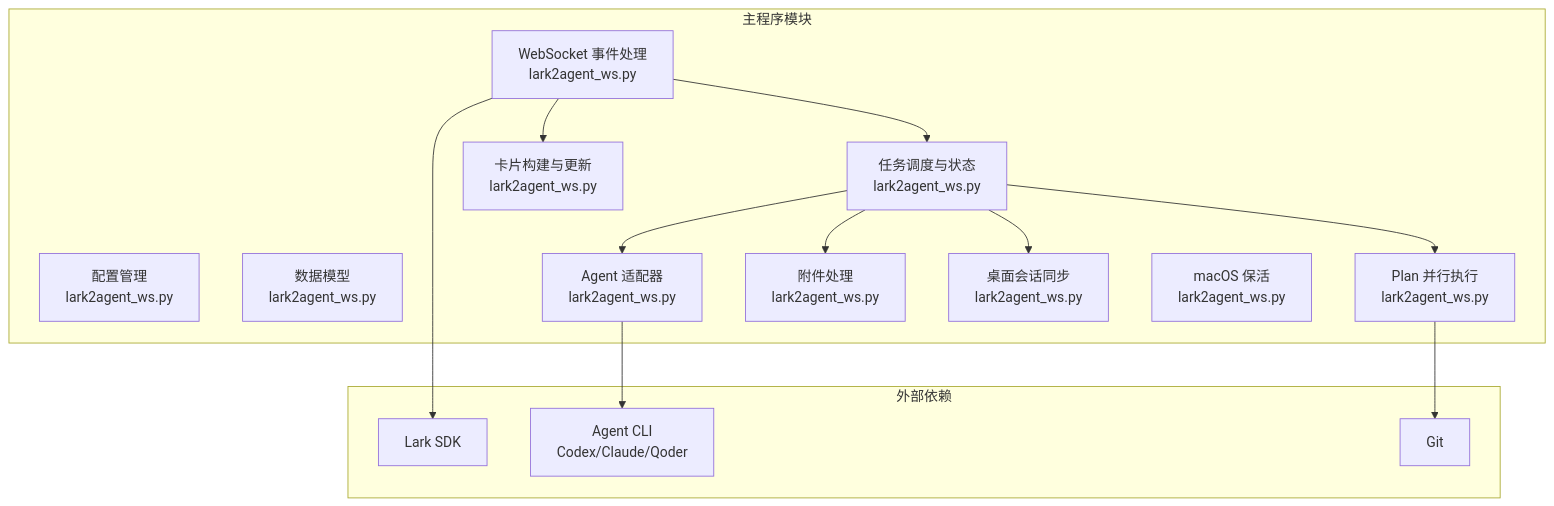
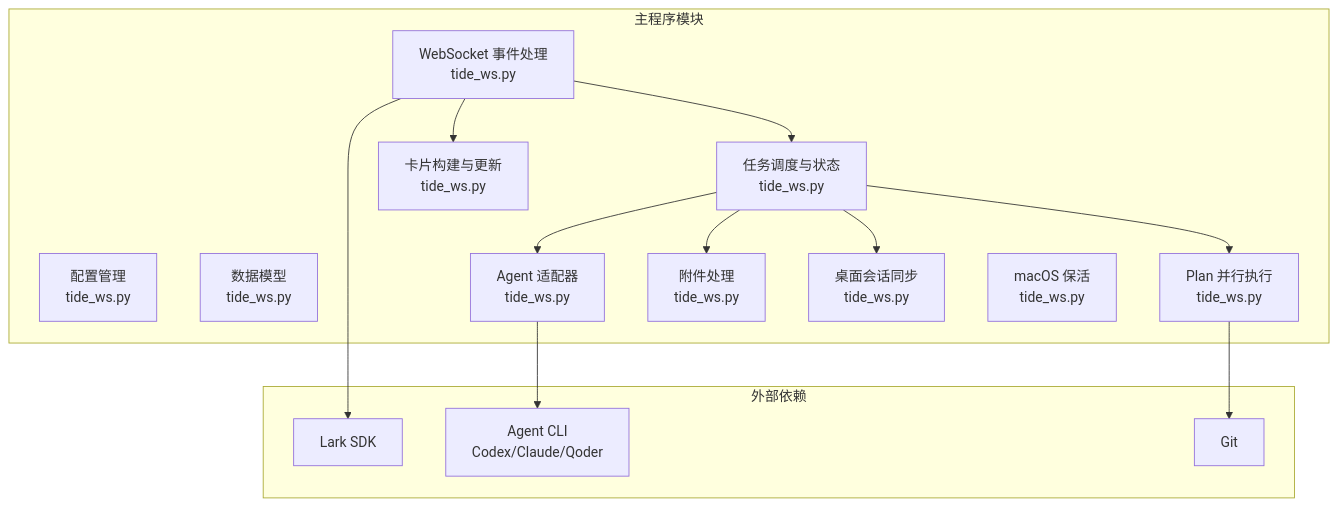
The first of 3 diagrams in .qoder/repowiki/zh/content/开发指南/代码结构分析/模块组织与职责划分.md (winditer/tide), drawn with Mermaid before and after one commit. The commit also changed other lines of this file and 260 other files, not shown here.

````diff
--- a/.qoder/repowiki/zh/content/开发指南/代码结构分析/模块组织与职责划分.md
+++ b/.qoder/repowiki/zh/content/开发指南/代码结构分析/模块组织与职责划分.md
@@ -32,29 +32,29 @@
 ```mermaid
 graph TB
 subgraph "主程序模块"
-WS["WebSocket 事件处理<br/>lark2agent_ws.py"]
-CFG["配置管理<br/>lark2agent_ws.py"]
-MODELS["数据模型<br/>lark2agent_ws.py"]
-ADAPTERS["Agent 适配器<br/>lark2agent_ws.py"]
-SCHED["任务调度与状态<br/>lark2agent_ws.py"]
-CARDS["卡片构建与更新<br/>lark2agent_ws.py"]
-PLAN["Plan 并行执行<br/>lark2agent_ws.py"]
-ATTACH["附件处理<br/>lark2agent_ws.py"]
-SYNC["桌面会话同步<br/>lark2agent_ws.py"]
-POWER["macOS 保活<br/>lark2agent_ws.py"]
+WS["WebSocket 事件处理<br/>tide_ws.py"]
+CFG["配置管理<br/>tide_ws.py"]
+MODELS["数据模型<br/>tide_ws.py"]
+ADAPTERS["Agent 适配器<br/>tide_ws.py"]
+SCHED["任务调度与状态<br/>tide_ws.py"]
+CARDS["卡片构建与更新<br/>tide_ws.py"]
+PLAN["Plan 并行执行<br/>tide_ws.py"]
+ATTACH["附件处理<br/>tide_ws.py"]
+SYNC["桌面会话同步<br/>tide_ws.py"]
+POWER["macOS 保活<br/>tide_ws.py"]
 end
 subgraph "外部依赖"
 LARK["Lark SDK"]
 AGENTS["Agent CLI<br/>Codex/Claude/Qoder"]
 GIT["Git"]
 end
 WS --> CARDS
 WS --> SCHED
 SCHED --> ADAPTERS
 SCHED --> ATTACH
 SCHED --> PLAN
 SCHED --> SYNC
 ADAPTERS --> AGENTS
 PLAN --> GIT
 WS --> LARK
 ```
````
